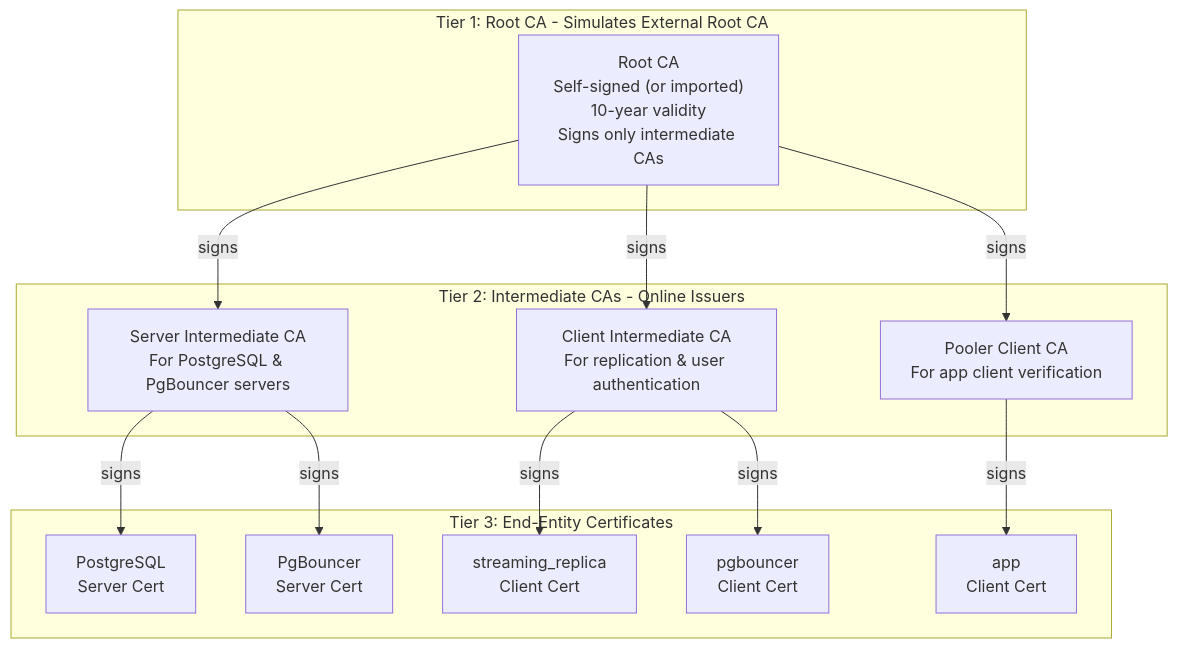
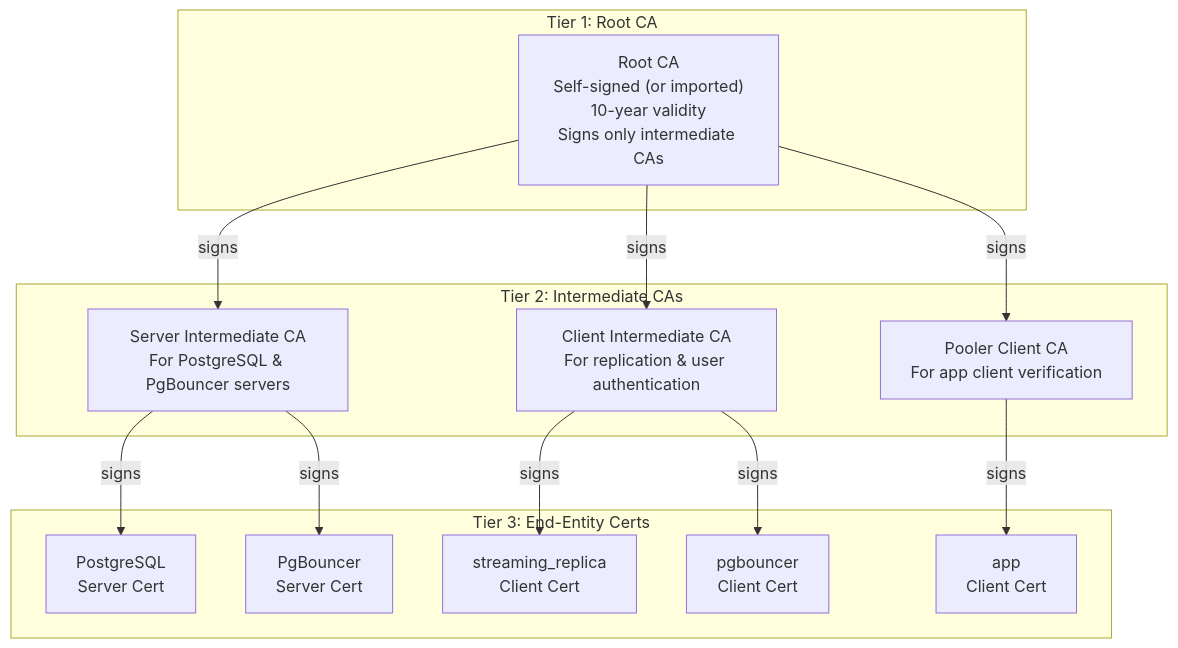
Before and after one commit to ardentperf/cnpg-playground: the first of 2 diagrams in lab/exercise-5-pgbouncer-mtls/README.md, drawn with Mermaid. The commit also changed 1 other file, not shown here.

Commit message:
fix mermaid diags

````diff
--- a/lab/exercise-5-pgbouncer-mtls/README.md
+++ b/lab/exercise-5-pgbouncer-mtls/README.md
@@ -79,29 +79,29 @@
 ```mermaid
 flowchart TD
-    subgraph tier1 [Tier 1: Root CA - Simulates External Root CA]
+    subgraph tier1 [Tier 1: Root CA]
         rootCA["Root CA<br/>Self-signed (or imported)<br/>10-year validity<br/>Signs only intermediate CAs"]
     end
     
-    subgraph tier2 [Tier 2: Intermediate CAs - Online Issuers]
+    subgraph tier2 [Tier 2: Intermediate CAs]
         serverIntCA["Server Intermediate CA<br/>For PostgreSQL & PgBouncer servers"]
         clientIntCA["Client Intermediate CA<br/>For replication & user authentication"]
         poolerClientCA["Pooler Client CA<br/>For app client verification"]
     end
     
-    subgraph tier3 [Tier 3: End-Entity Certificates]
+    subgraph tier3 [Tier 3: End-Entity Certs]
         pgServerCert["PostgreSQL<br/>Server Cert"]
         poolerServerCert["PgBouncer<br/>Server Cert"]
         replCert["streaming_replica<br/>Client Cert"]
         poolerClientCert["pgbouncer<br/>Client Cert"]
         appCert["app<br/>Client Cert"]
     end
     
     rootCA -->|signs| serverIntCA
     rootCA -->|signs| clientIntCA
     rootCA -->|signs| poolerClientCA
     serverIntCA -->|signs| pgServerCert
     serverIntCA -->|signs| poolerServerCert
     clientIntCA -->|signs| replCert
     clientIntCA -->|signs| poolerClientCert
     poolerClientCA -->|signs| appCert
 ```
````
